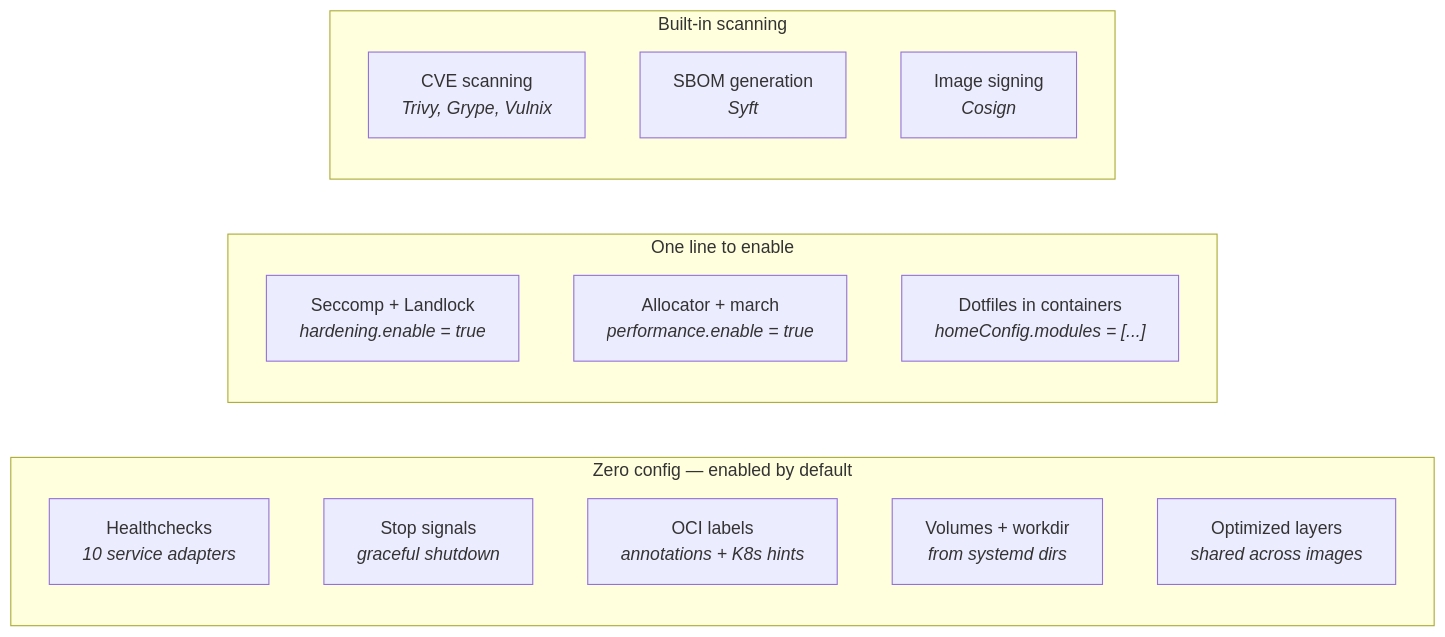
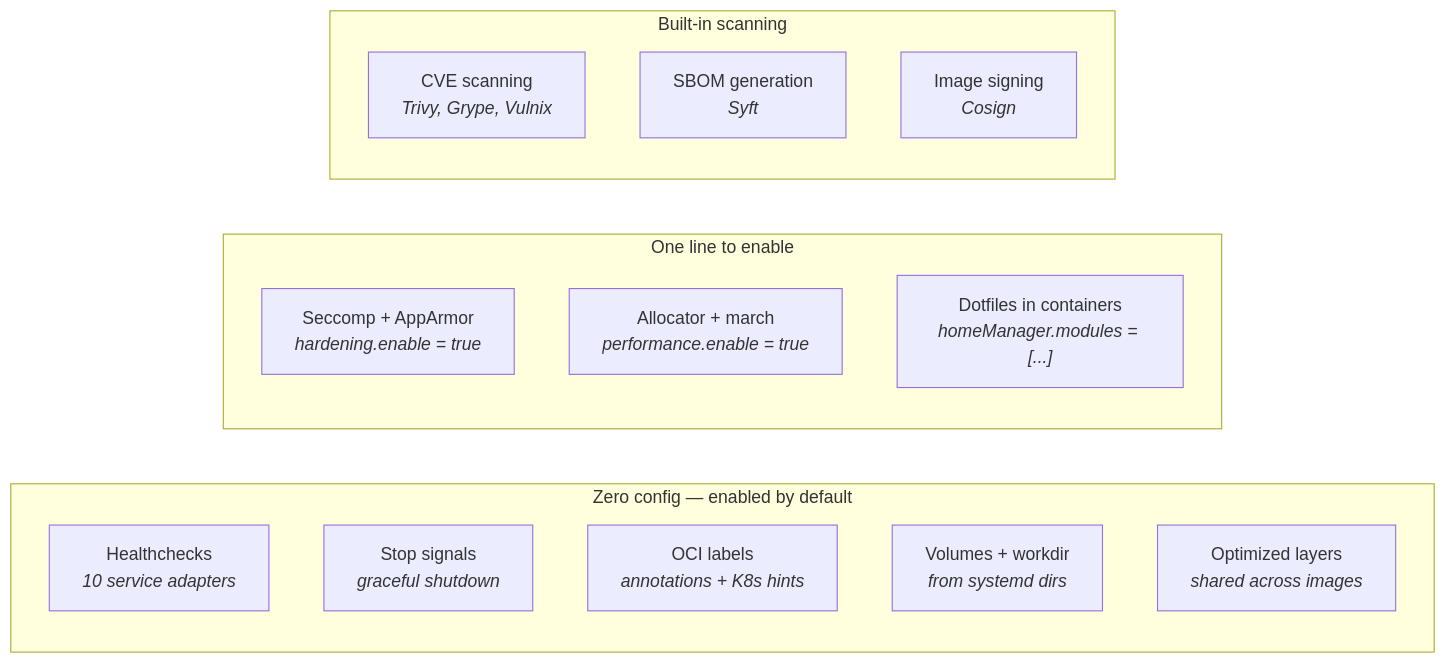
One commit to Dauliac/nix-oci changed the third of 3 diagrams in README.md. Above: the diagram before and after it, drawn with Mermaid. The commit also changed other lines of this file and 23 other files, not shown here.

First line of the commit message:
refactor(hardening): remove Landlock integration entirely

````diff
--- a/README.md
+++ b/README.md
@@ -41,25 +41,25 @@
 ```mermaid
 flowchart LR
     subgraph NO_CONFIG ["Zero config — enabled by default"]
         direction TB
         H["Healthchecks<br/><i>10 service adapters</i>"]
         S["Stop signals<br/><i>graceful shutdown</i>"]
         L["OCI labels<br/><i>annotations + K8s hints</i>"]
         V["Volumes + workdir<br/><i>from systemd dirs</i>"]
         O["Optimized layers<br/><i>shared across images</i>"]
     end
 
     subgraph ONE_LINE ["One line to enable"]
         direction TB
-        SEC["Seccomp + Landlock<br/><i>hardening.enable = true</i>"]
+        SEC["Seccomp + AppArmor<br/><i>hardening.enable = true</i>"]
         PERF["Allocator + march<br/><i>performance.enable = true</i>"]
-        HM["Dotfiles in containers<br/><i>homeConfig.modules = [...]</i>"]
+        HM["Dotfiles in containers<br/><i>homeManager.modules = [...]</i>"]
     end
 
     subgraph SCANNING ["Built-in scanning"]
         direction TB
         CVE["CVE scanning<br/><i>Trivy, Grype, Vulnix</i>"]
         SBOM["SBOM generation<br/><i>Syft</i>"]
         SIGN["Image signing<br/><i>Cosign</i>"]
     end
 ```
````
